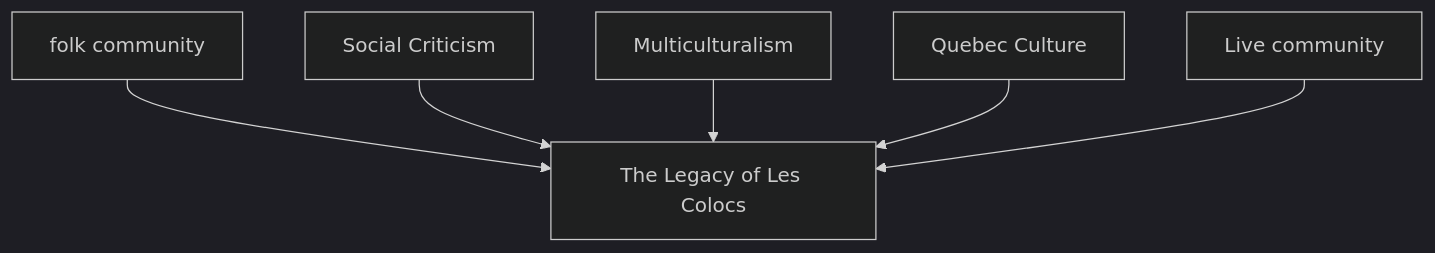
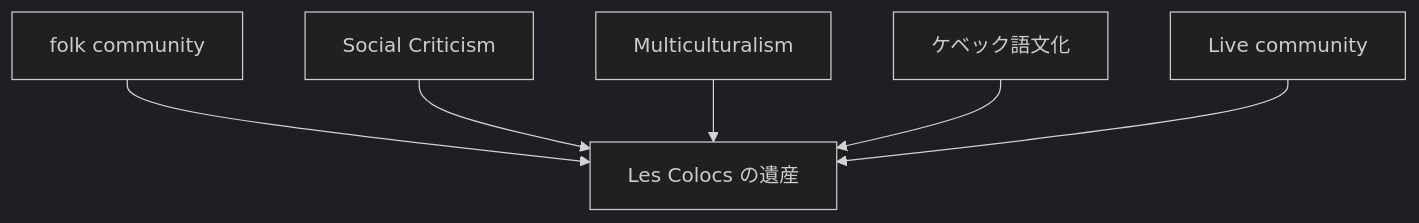
Before and after one commit to monumental-movement/monumental-movement.github.io: the fourth of 5 diagrams in en/_posts/2026-05-07-column-les-colocs.md, drawn with Mermaid (dark theme). The commit also changed other lines of this file and 497 other files, not shown here.

```diff
--- a/en/_posts/2026-05-07-column-les-colocs.md
+++ b/en/_posts/2026-05-07-column-les-colocs.md
@@ -575,8 +575,8 @@
 <div class="mermaid">
 graph TD
-A["folk community"] --> D["The Legacy of Les Colocs"]
+A["folk community"] --> D["Les Colocs の遺産"]
 B["Social Criticism"] --> D
 C["Multiculturalism"] --> D
-E["Quebec Culture"] --> D
+E["ケベック語文化"] --> D
 F["Live community"] --> D
 </div>
```
